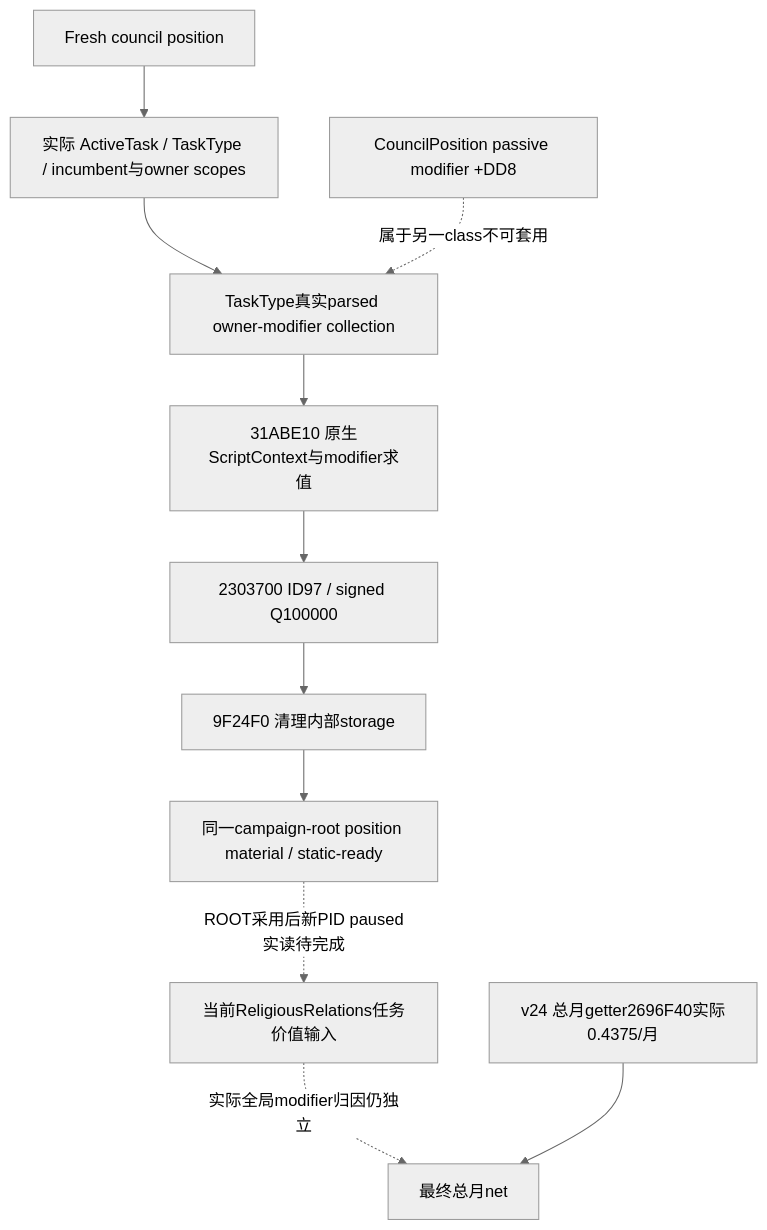
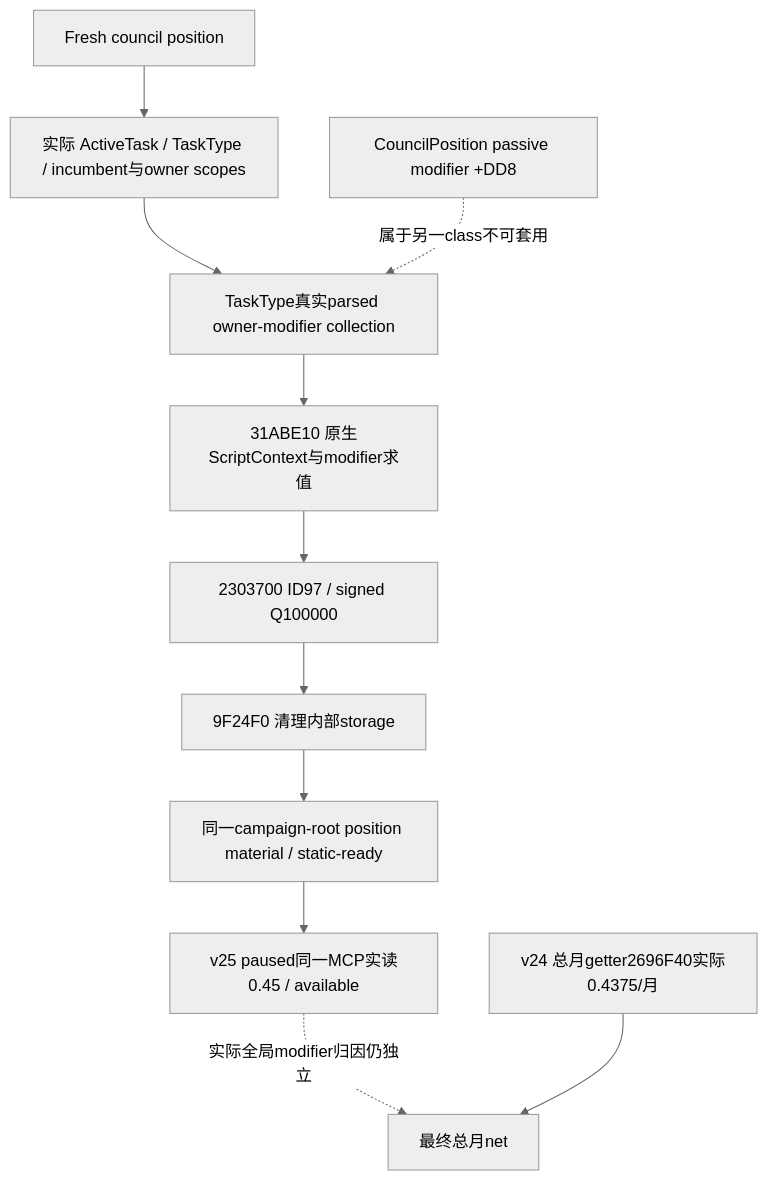
One commit to XenoAmess/ck3_eternal_recurrence changed the second of 2 diagrams in docs/ck3-native-ai/religious-relations-task-value-native-ai-12003.md. Above: the diagram before and after it, drawn with Mermaid (neutral theme). The commit also changed other lines of this file and 10 other files, not shown here.

````diff
--- a/docs/ck3-native-ai/religious-relations-task-value-native-ai-12003.md
+++ b/docs/ck3-native-ai/religious-relations-task-value-native-ai-12003.md
@@ -127,13 +127,13 @@
 ```mermaid
 flowchart TD
     F[Fresh council position] --> A[实际 ActiveTask / TaskType / incumbent与owner scopes]
     A --> C[TaskType真实parsed owner-modifier collection]
     C --> B[31ABE10 原生ScriptContext与modifier求值]
     B --> E[2303700 ID97 / signed Q100000]
     E --> R[9F24F0 清理内部storage]
     R --> P[同一campaign-root position material / static-ready]
-    P -. ROOT采用后新PID paused实读待完成 .-> D[当前ReligiousRelations任务价值输入]
+    P --> D[v25 paused同一MCP实读0.45 / available]
     D -. 实际全局modifier归因仍独立 .-> N[最终总月net]
     T[v24 总月getter2696F40实际0.4375/月] --> N
     X[CouncilPosition passive modifier +DD8] -. 属于另一class不可套用 .-> C
 ```
````
